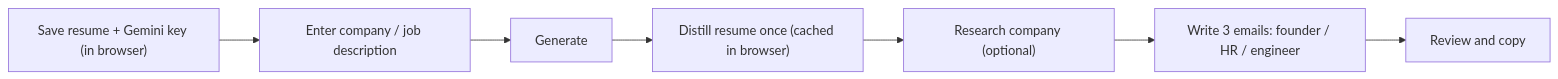
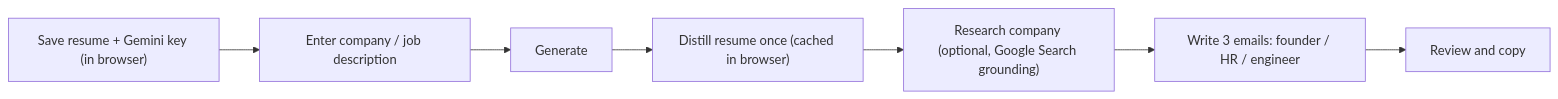
One commit to dv2202/cold_email changed the diagram in README.md. Above: the diagram before and after it, drawn with Mermaid. The commit also changed other lines of this file and 24 other files, not shown here.

````diff
--- a/README.md
+++ b/README.md
@@ -7,9 +11,9 @@
 ```mermaid
 flowchart LR
     A["Save resume + Gemini key (in browser)"] --> B["Enter company / job description"]
     B --> C["Generate"]
     C --> D["Distill resume once (cached in browser)"]
-    D --> E["Research company (optional)"]
+    D --> E["Research company (optional, Google Search grounding)"]
     E --> F["Write 3 emails: founder / HR / engineer"]
     F --> G["Review and copy"]
 ```
````
